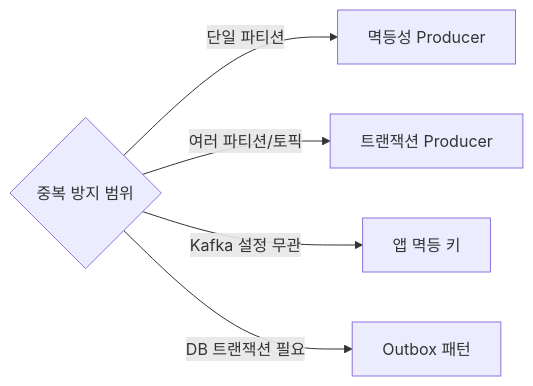
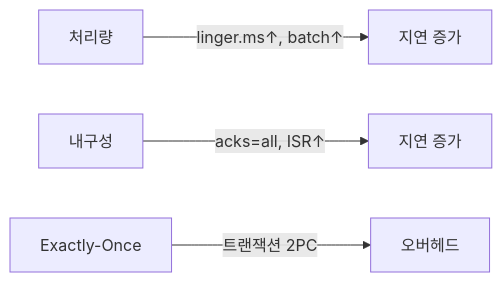
The second of 2 diagrams in _posts/kafka/2026-05-01-kafka-producer-deep.md (yjkim2015/yjkim2015.github.io), drawn with Mermaid before and after one commit. The commit also changed other lines of this file and 4 other files, not shown here.

First line of the commit message:
5개 포스트 시니어급 심화 (Redis TTL/PubSub/Replication, Kafka Producer, Spring AOP)

````diff
--- a/_posts/kafka/2026-05-01-kafka-producer-deep.md
+++ b/_posts/kafka/2026-05-01-kafka-producer-deep.md
@@ -345,7 +1436,6 @@
 ```mermaid
 graph LR
-    Q1{"중복 방지 범위"} -->|단일 파티션| S1["멱등성 Producer"]
-    Q1 -->|여러 파티션/토픽| S2["트랜잭션 Producer"]
-    Q1 -->|Kafka 설정 무관| S3["앱 멱등 키"]
-    Q1 -->|DB 트랜잭션 필요| S4["Outbox 패턴"]
+    THRU["처리량"] -->|linger.ms↑, batch↑| LAT["지연 증가"]
+    DUR["내구성"] -->|acks=all, ISR↑| LAT2["지연 증가"]
+    EOS["Exactly-Once"] -->|트랜잭션 2PC| OVER["오버헤드"]
 ```
````
